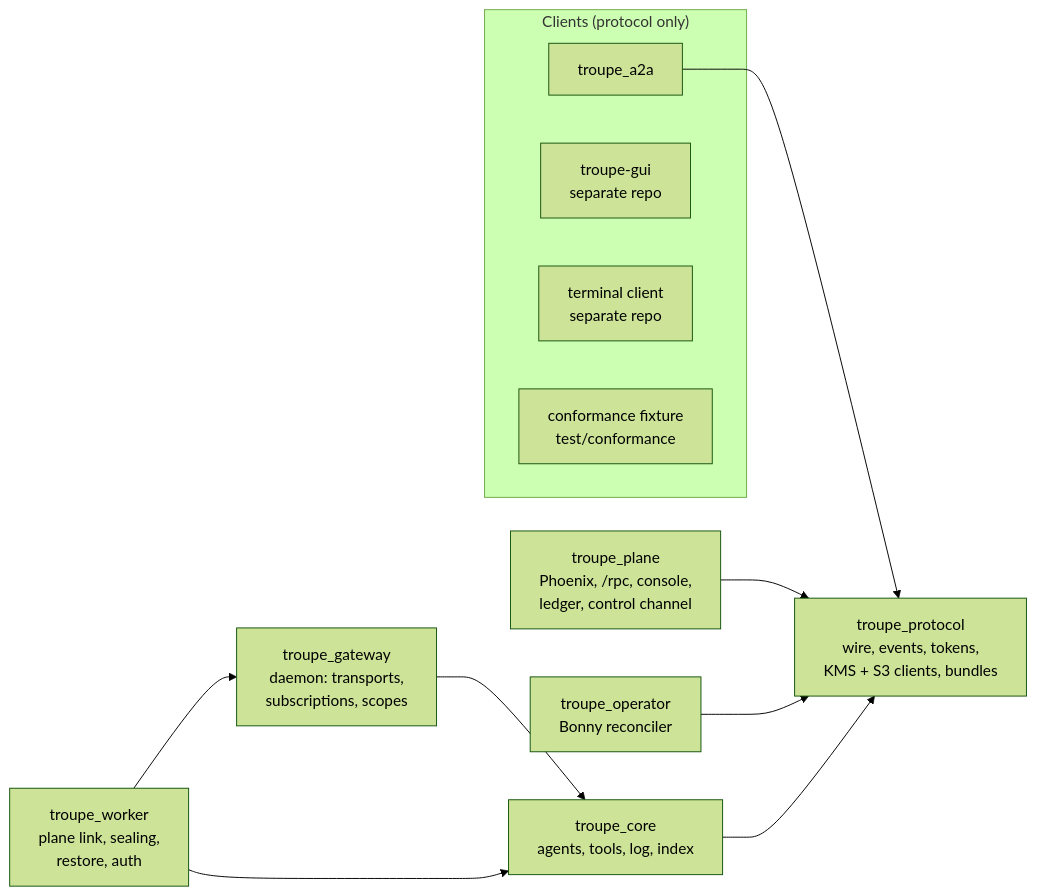
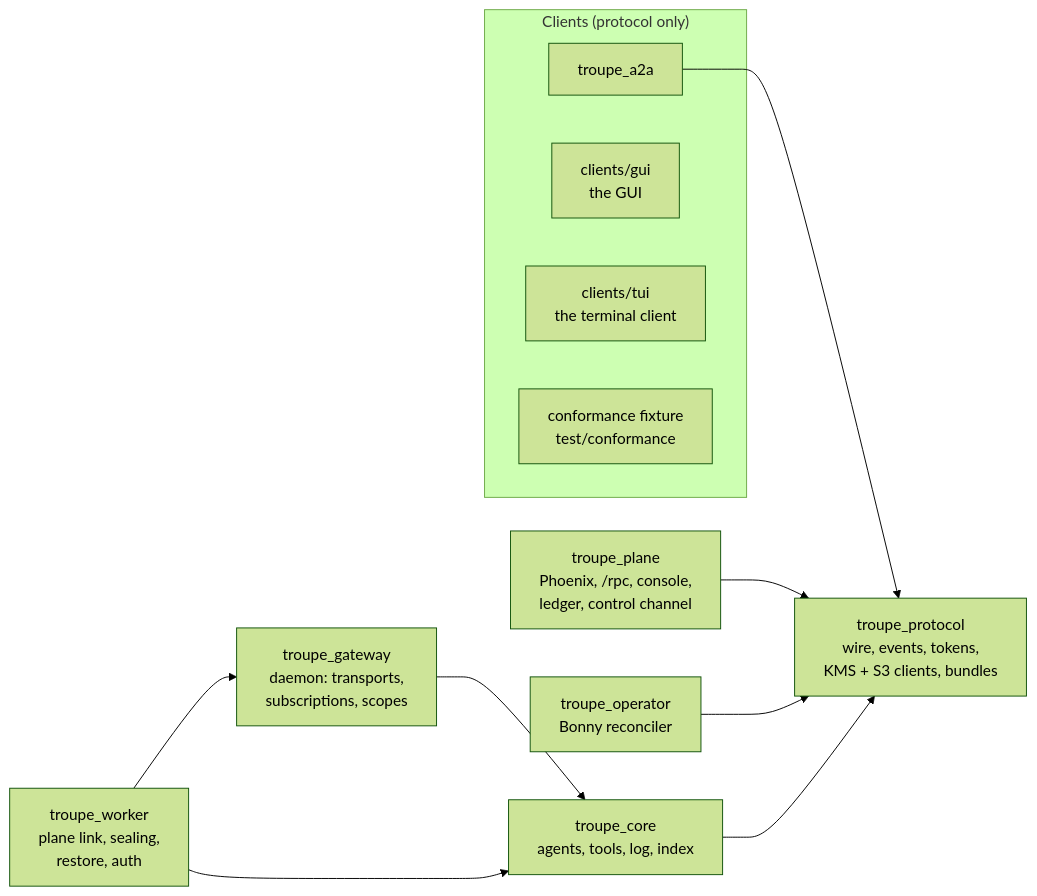
Before and after one commit to it-minds/troupe: the first of 5 diagrams in docs/whitepaper.md, drawn with Mermaid (forest theme). The commit also changed other lines of this file and 31 other files, not shown here.

````diff
--- a/docs/whitepaper.md
+++ b/docs/whitepaper.md
@@ -51,23 +52,23 @@
 ```mermaid
 flowchart LR
   subgraph clients["Clients (protocol only)"]
     a2a[troupe_a2a]
-    gui[troupe-gui<br/>separate repo]
-    cli[terminal client<br/>separate repo]
+    gui[clients/gui<br/>the GUI]
+    cli[clients/tui<br/>the terminal client]
     py[conformance fixture<br/>test/conformance]
   end
   proto[troupe_protocol<br/>wire, events, tokens,<br/>KMS + S3 clients, bundles]
   core[troupe_core<br/>agents, tools, log, index]
   gw[troupe_gateway<br/>daemon: transports,<br/>subscriptions, scopes]
   worker[troupe_worker<br/>plane link, sealing,<br/>restore, auth]
   plane[troupe_plane<br/>Phoenix, /rpc, console,<br/>ledger, control channel]
   op[troupe_operator<br/>Bonny reconciler]
 
   a2a --> proto
   plane --> proto
   op --> proto
   core --> proto
   gw --> core
   worker --> gw
   worker --> core
 ```
````
